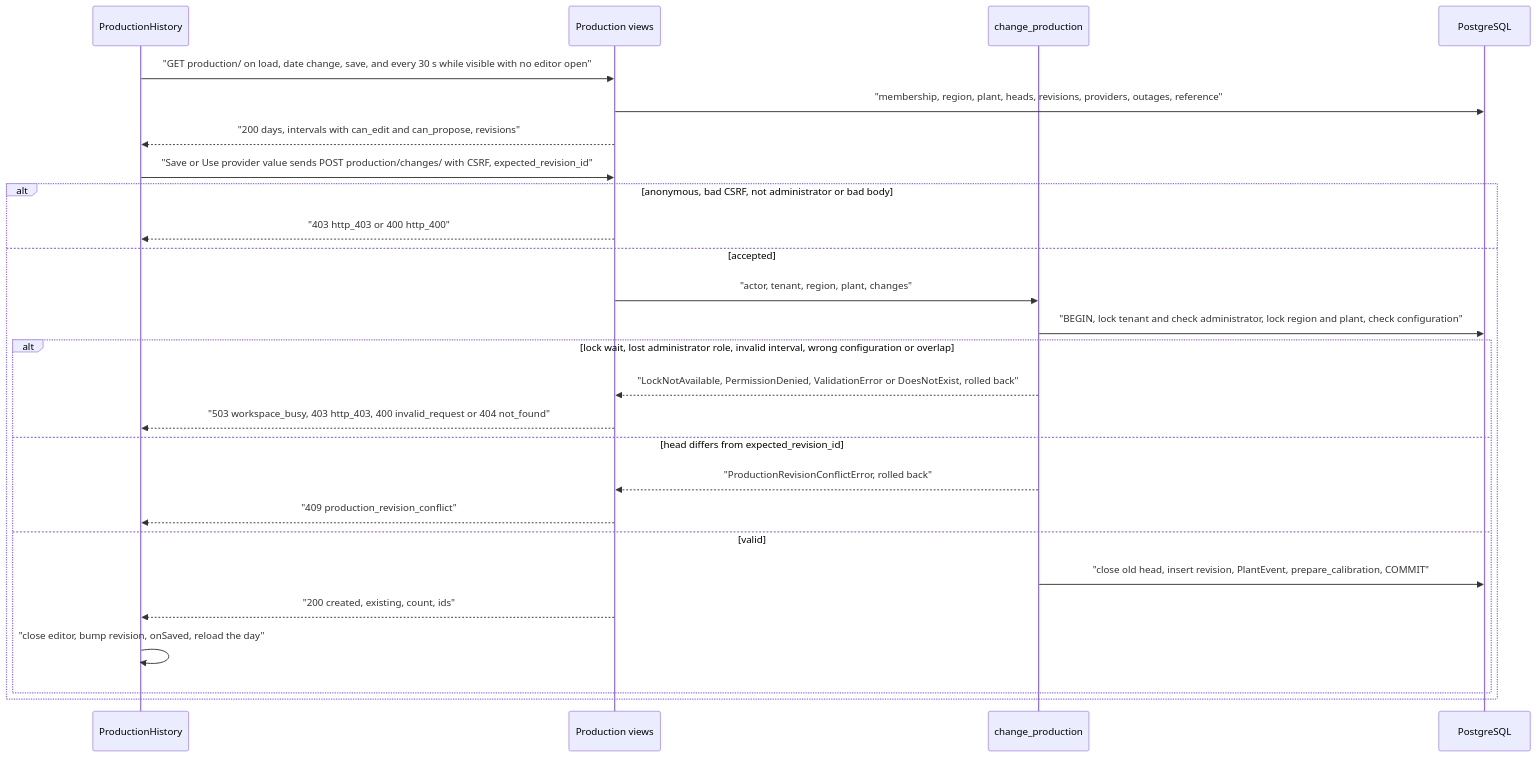
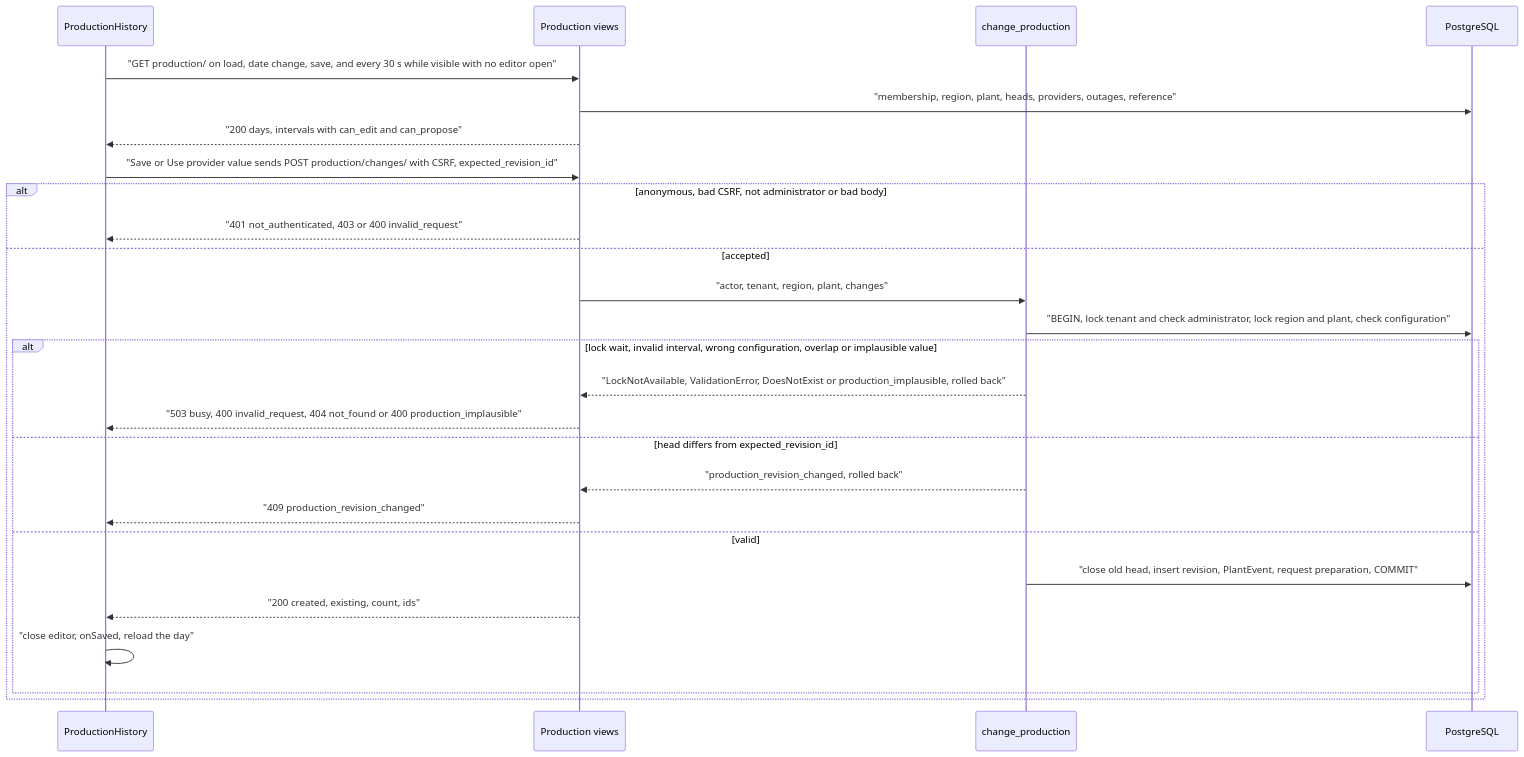
Before and after one commit to erkurtharun/pyracast: the diagram in docs/flows/production-history.md, drawn with Mermaid. The commit also changed other lines of this file and 85 other files, not shown here.

First line of the commit message:
Bring the flow pages in line with the code (#107)

````diff
--- a/docs/flows/production-history.md
+++ b/docs/flows/production-history.md
@@ -15,28 +14,28 @@
 ```mermaid
 sequenceDiagram
     participant UI as ProductionHistory
     participant API as Production views
     participant Op as change_production
     participant DB as PostgreSQL
     UI->>API: "GET production/ on load, date change, save, and every 30 s while visible with no editor open"
-    API->>DB: "membership, region, plant, heads, revisions, providers, outages, reference"
-    API-->>UI: "200 days, intervals with can_edit and can_propose, revisions"
+    API->>DB: "membership, region, plant, heads, providers, outages, reference"
+    API-->>UI: "200 days, intervals with can_edit and can_propose"
     UI->>API: "Save or Use provider value sends POST production/changes/ with CSRF, expected_revision_id"
     alt anonymous, bad CSRF, not administrator or bad body
-        API-->>UI: "403 http_403 or 400 http_400"
+        API-->>UI: "401 not_authenticated, 403 or 400 invalid_request"
     else accepted
         API->>Op: "actor, tenant, region, plant, changes"
         Op->>DB: "BEGIN, lock tenant and check administrator, lock region and plant, check configuration"
-        alt lock wait, lost administrator role, invalid interval, wrong configuration or overlap
-            Op-->>API: "LockNotAvailable, PermissionDenied, ValidationError or DoesNotExist, rolled back"
-            API-->>UI: "503 workspace_busy, 403 http_403, 400 invalid_request or 404 not_found"
+        alt lock wait, invalid interval, wrong configuration, overlap or implausible value
+            Op-->>API: "LockNotAvailable, ValidationError, DoesNotExist or production_implausible, rolled back"
+            API-->>UI: "503 busy, 400 invalid_request, 404 not_found or 400 production_implausible"
         else head differs from expected_revision_id
-            Op-->>API: "ProductionRevisionConflictError, rolled back"
-            API-->>UI: "409 production_revision_conflict"
+            Op-->>API: "production_revision_changed, rolled back"
+            API-->>UI: "409 production_revision_changed"
         else valid
-            Op->>DB: "close old head, insert revision, PlantEvent, prepare_calibration, COMMIT"
+            Op->>DB: "close old head, insert revision, PlantEvent, request preparation, COMMIT"
             API-->>UI: "200 created, existing, count, ids"
-            UI->>UI: "close editor, bump revision, onSaved, reload the day"
+            UI->>UI: "close editor, onSaved, reload the day"
         end
     end
 ```
````
